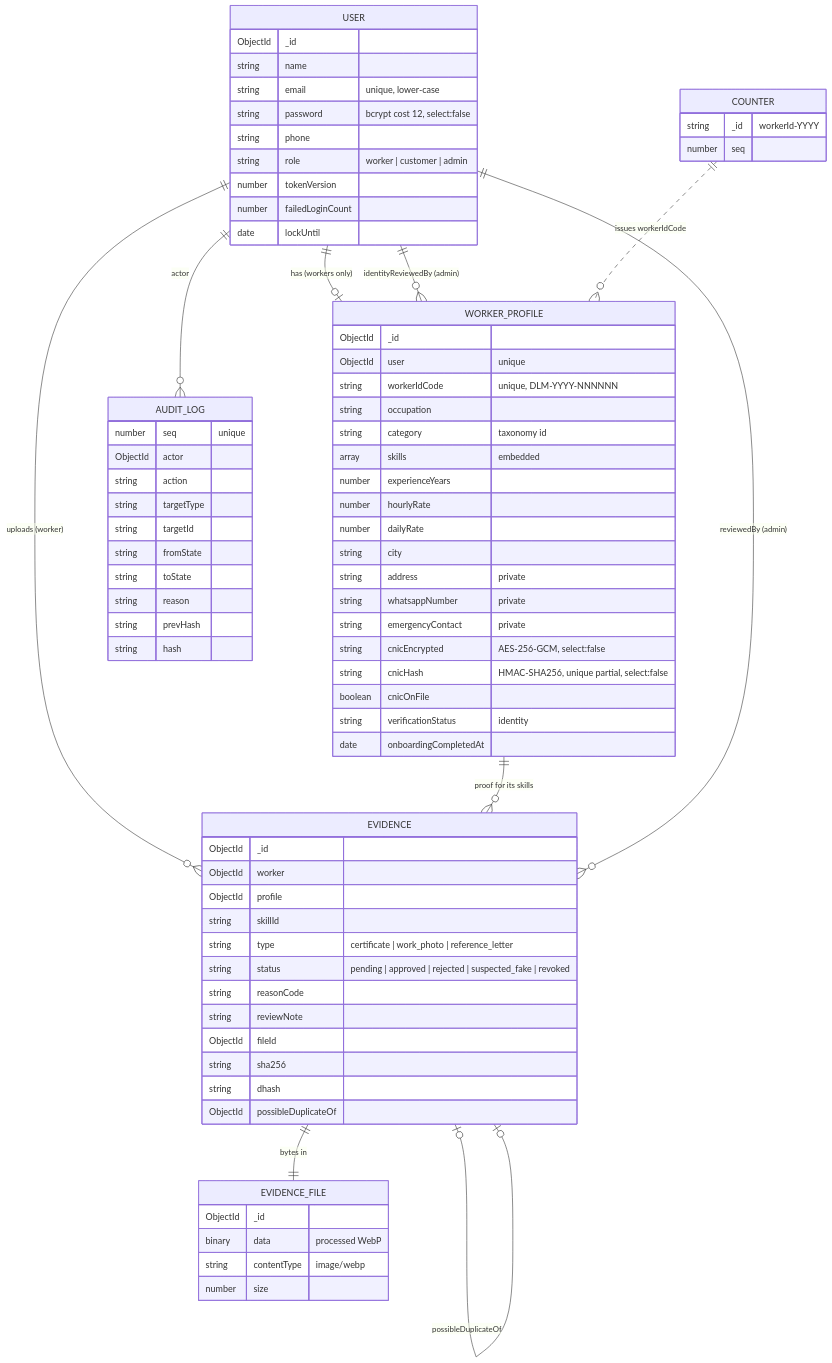
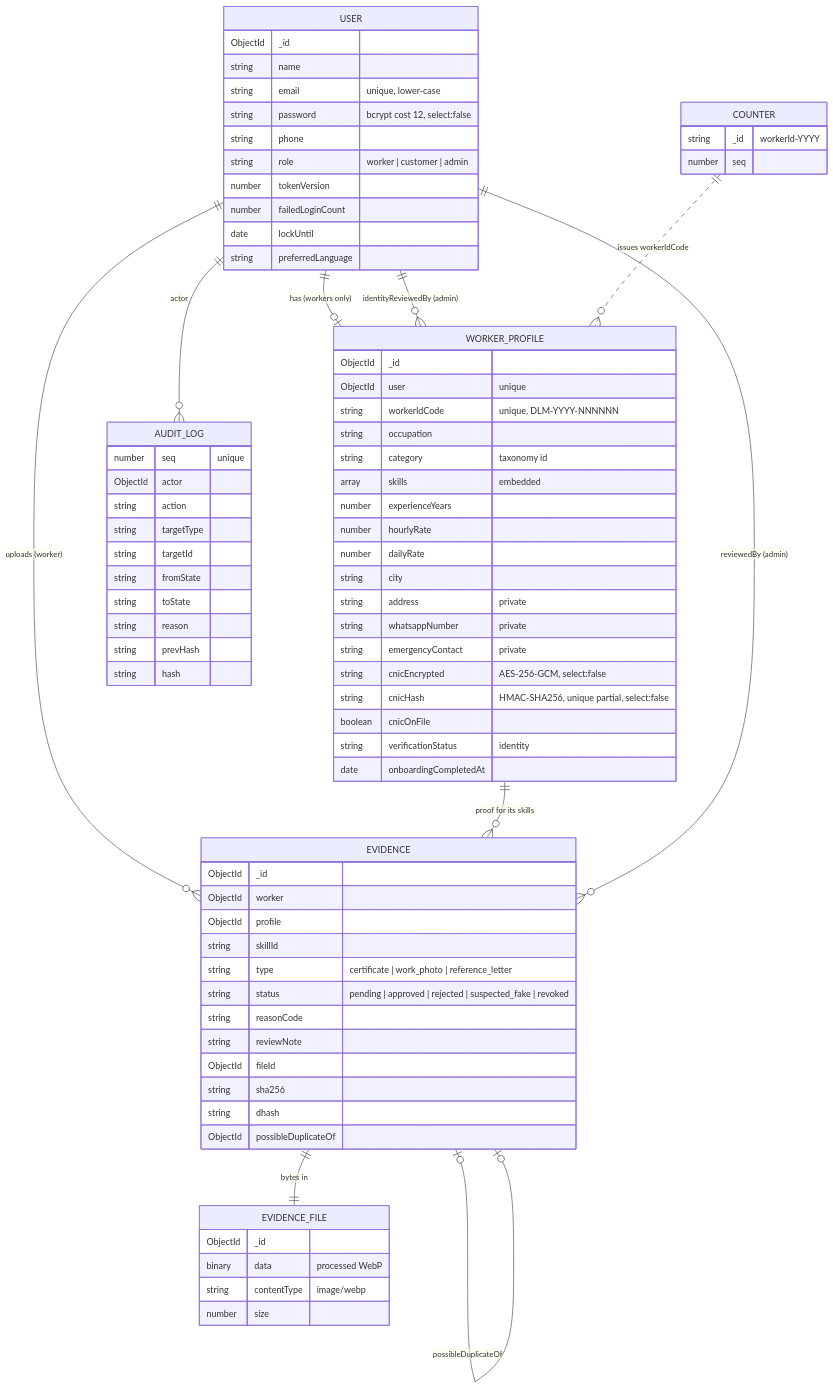
One commit to muhammadshehrozdev/digital-labour-marketplace changed the diagram in docs/DATA-MODEL.md. Above: the diagram before and after it, drawn with Mermaid. The commit also changed other lines of this file and 34 other files, not shown here.

````diff
--- a/docs/DATA-MODEL.md
+++ b/docs/DATA-MODEL.md
@@ -8,80 +8,81 @@
 ```mermaid
 erDiagram
   USER ||--o| WORKER_PROFILE : "has (workers only)"
   USER ||--o{ EVIDENCE : "uploads (worker)"
   WORKER_PROFILE ||--o{ EVIDENCE : "proof for its skills"
   EVIDENCE ||--|| EVIDENCE_FILE : "bytes in"
   EVIDENCE |o--o| EVIDENCE : "possibleDuplicateOf"
   USER ||--o{ AUDIT_LOG : "actor"
   USER ||--o{ EVIDENCE : "reviewedBy (admin)"
   USER ||--o{ WORKER_PROFILE : "identityReviewedBy (admin)"
   COUNTER ||..o{ WORKER_PROFILE : "issues workerIdCode"
 
   USER {
     ObjectId _id
     string name
     string email "unique, lower-case"
     string password "bcrypt cost 12, select:false"
     string phone
     string role "worker | customer | admin"
     number tokenVersion
     number failedLoginCount
     date lockUntil
+    string preferredLanguage
   }
   WORKER_PROFILE {
     ObjectId _id
     ObjectId user "unique"
     string workerIdCode "unique, DLM-YYYY-NNNNNN"
     string occupation
     string category "taxonomy id"
     array skills "embedded"
     number experienceYears
     number hourlyRate
     number dailyRate
     string city
     string address "private"
     string whatsappNumber "private"
     string emergencyContact "private"
     string cnicEncrypted "AES-256-GCM, select:false"
     string cnicHash "HMAC-SHA256, unique partial, select:false"
     boolean cnicOnFile
     string verificationStatus "identity"
     date onboardingCompletedAt
   }
   EVIDENCE {
     ObjectId _id
     ObjectId worker
     ObjectId profile
     string skillId
     string type "certificate | work_photo | reference_letter"
     string status "pending | approved | rejected | suspected_fake | revoked"
     string reasonCode
     string reviewNote
     ObjectId fileId
     string sha256
     string dhash
     ObjectId possibleDuplicateOf
   }
   EVIDENCE_FILE {
     ObjectId _id
     binary data "processed WebP"
     string contentType "image/webp"
     number size
   }
   AUDIT_LOG {
     number seq "unique"
     ObjectId actor
     string action
     string targetType
     string targetId
     string fromState
     string toState
     string reason
     string prevHash
     string hash
   }
   COUNTER {
     string _id "workerId-YYYY"
     number seq
   }
 ```
````
